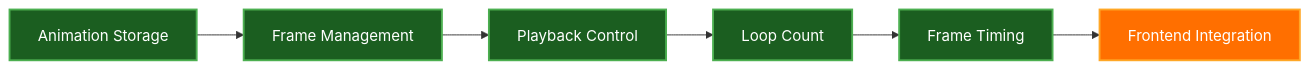
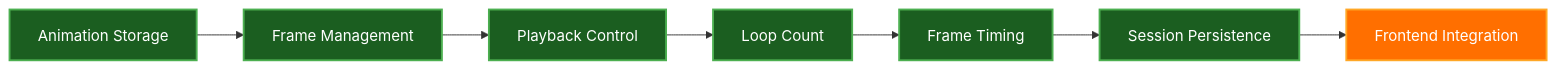
One commit to paulrobello/par-term-emu-core-rust changed the third of 3 diagrams in docs/TESTING_KITTY_ANIMATIONS.md. Above: the diagram before and after it, drawn with Mermaid. The commit also changed other lines of this file and 42 other files, not shown here.

````diff
--- a/docs/TESTING_KITTY_ANIMATIONS.md
+++ b/docs/TESTING_KITTY_ANIMATIONS.md
@@ -381,22 +422,25 @@
 ```mermaid
 graph LR
     Storage[Animation Storage]
     Frames[Frame Management]
     Control[Playback Control]
     Loops[Loop Count]
     Timing[Frame Timing]
+    Serialization[Session Persistence]
     Frontend[Frontend Integration]
 
     Storage --> Frames
     Frames --> Control
     Control --> Loops
     Loops --> Timing
-    Timing --> Frontend
+    Timing --> Serialization
+    Serialization --> Frontend
 
     style Storage fill:#1b5e20,stroke:#4caf50,stroke-width:2px,color:#ffffff
     style Frames fill:#1b5e20,stroke:#4caf50,stroke-width:2px,color:#ffffff
     style Control fill:#1b5e20,stroke:#4caf50,stroke-width:2px,color:#ffffff
     style Loops fill:#1b5e20,stroke:#4caf50,stroke-width:2px,color:#ffffff
     style Timing fill:#1b5e20,stroke:#4caf50,stroke-width:2px,color:#ffffff
+    style Serialization fill:#1b5e20,stroke:#4caf50,stroke-width:2px,color:#ffffff
     style Frontend fill:#ff6f00,stroke:#ffa726,stroke-width:2px,color:#ffffff
 ```
````
